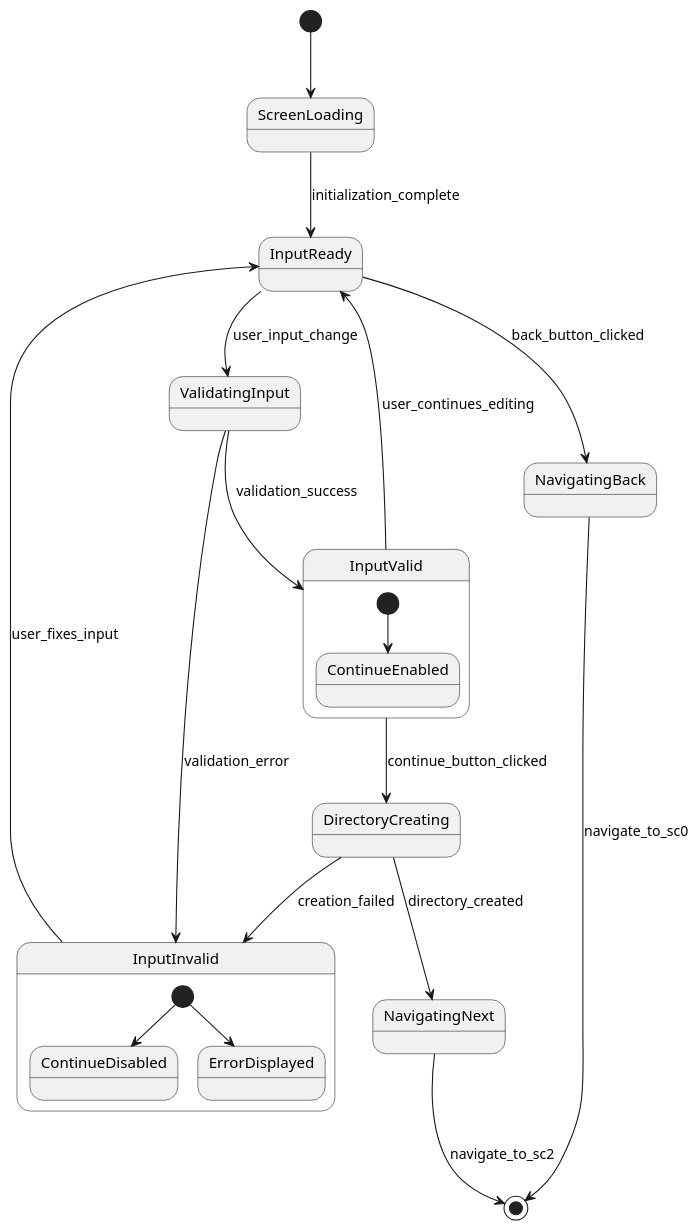
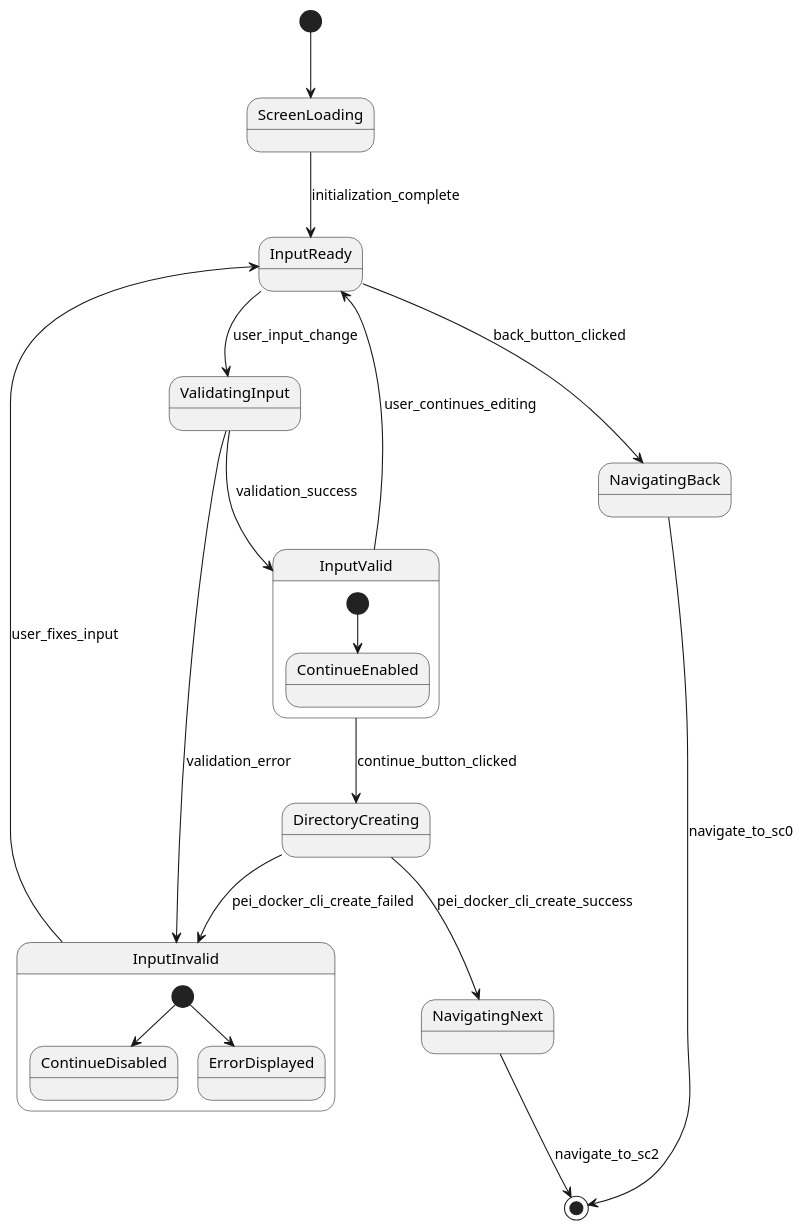
One commit to igamenovoer/PeiDocker changed the fourth of 5 diagrams in context/plans/gui/screens/sc-1/project-directory-selection-screen-spec.md. Above: the diagram before and after it, drawn with PlantUML. The commit also changed other lines of this file and 5 other files, not shown here.

````diff
--- a/context/plans/gui/screens/sc-1/project-directory-selection-screen-spec.md
+++ b/context/plans/gui/screens/sc-1/project-directory-selection-screen-spec.md
@@ -246,26 +287,26 @@
 ```plantuml
 @startuml
 [*] --> ScreenLoading
 ScreenLoading --> InputReady : initialization_complete
 InputReady --> ValidatingInput : user_input_change
 ValidatingInput --> InputValid : validation_success
 ValidatingInput --> InputInvalid : validation_error
 InputValid --> InputReady : user_continues_editing
 InputInvalid --> InputReady : user_fixes_input
 InputValid --> DirectoryCreating : continue_button_clicked
-DirectoryCreating --> NavigatingNext : directory_created
-DirectoryCreating --> InputInvalid : creation_failed
+DirectoryCreating --> NavigatingNext : pei_docker_cli_create_success
+DirectoryCreating --> InputInvalid : pei_docker_cli_create_failed
 NavigatingNext --> [*] : navigate_to_sc2
 InputReady --> NavigatingBack : back_button_clicked
 NavigatingBack --> [*] : navigate_to_sc0
 
 state InputValid {
   [*] --> ContinueEnabled
 }
 
 state InputInvalid {
   [*] --> ContinueDisabled
   [*] --> ErrorDisplayed
 }
 @enduml
 ```
````
